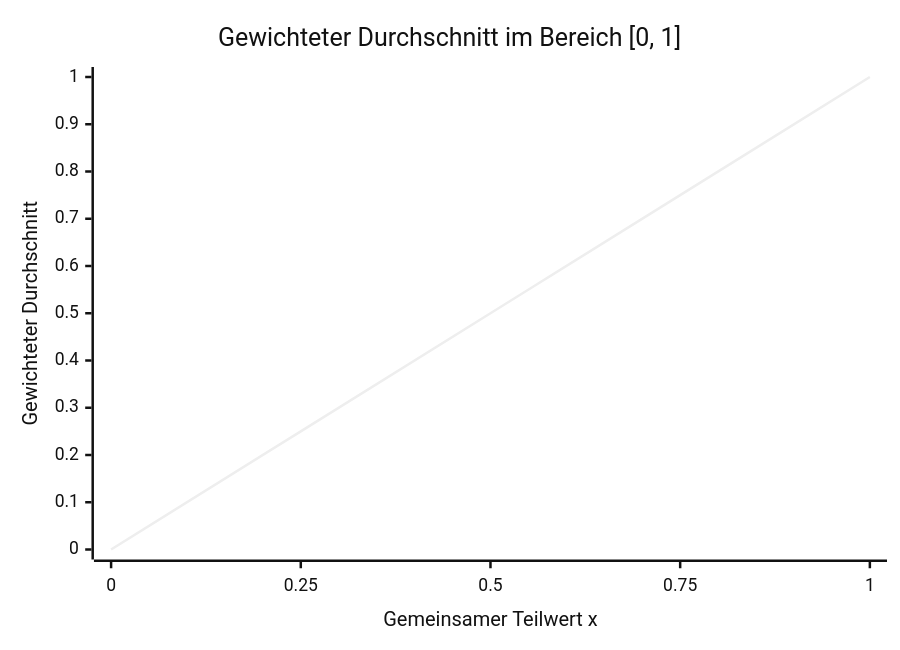
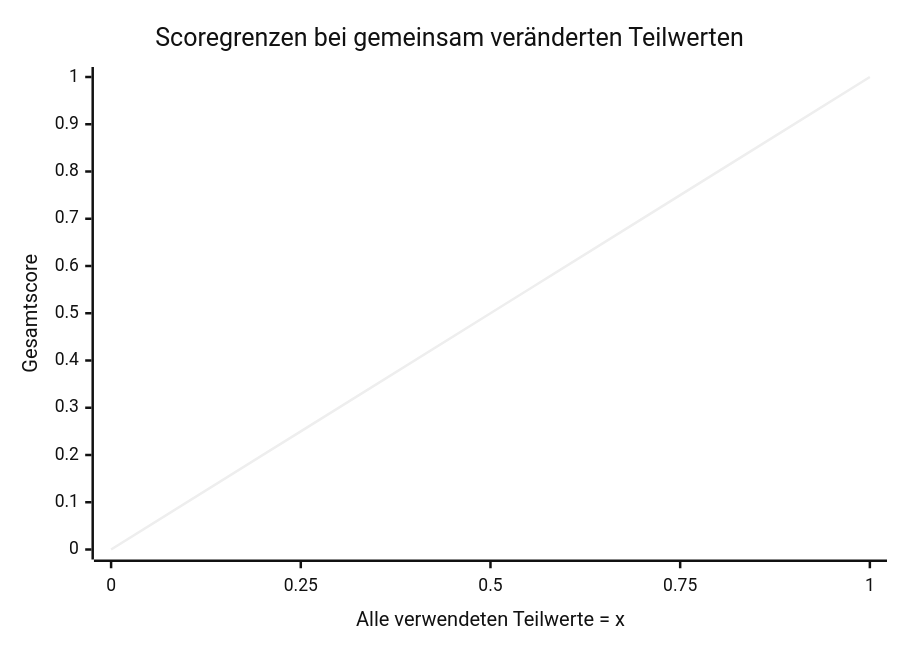
Diagram 12 of 15 in README.md (ghackenberg/SpineML), drawn with Mermaid (neutral theme) before and after one commit. The commit also changed other lines of this file, not shown here.

````diff
--- a/README.md
+++ b/README.md
@@ -1844,7 +1868,7 @@
 ```mermaid
 xychart-beta
-    title "Gewichteter Durchschnitt im Bereich [0, 1]"
-    x-axis "Gemeinsamer Teilwert x" [0, 0.25, 0.5, 0.75, 1]
-    y-axis "Gewichteter Durchschnitt" 0 --> 1
+    title "Scoregrenzen bei gemeinsam veränderten Teilwerten"
+    x-axis "Alle verwendeten Teilwerte = x" [0, 0.25, 0.5, 0.75, 1]
+    y-axis "Gesamtscore" 0 --> 1
     line [0, 0.25, 0.5, 0.75, 1]
 ```
````
